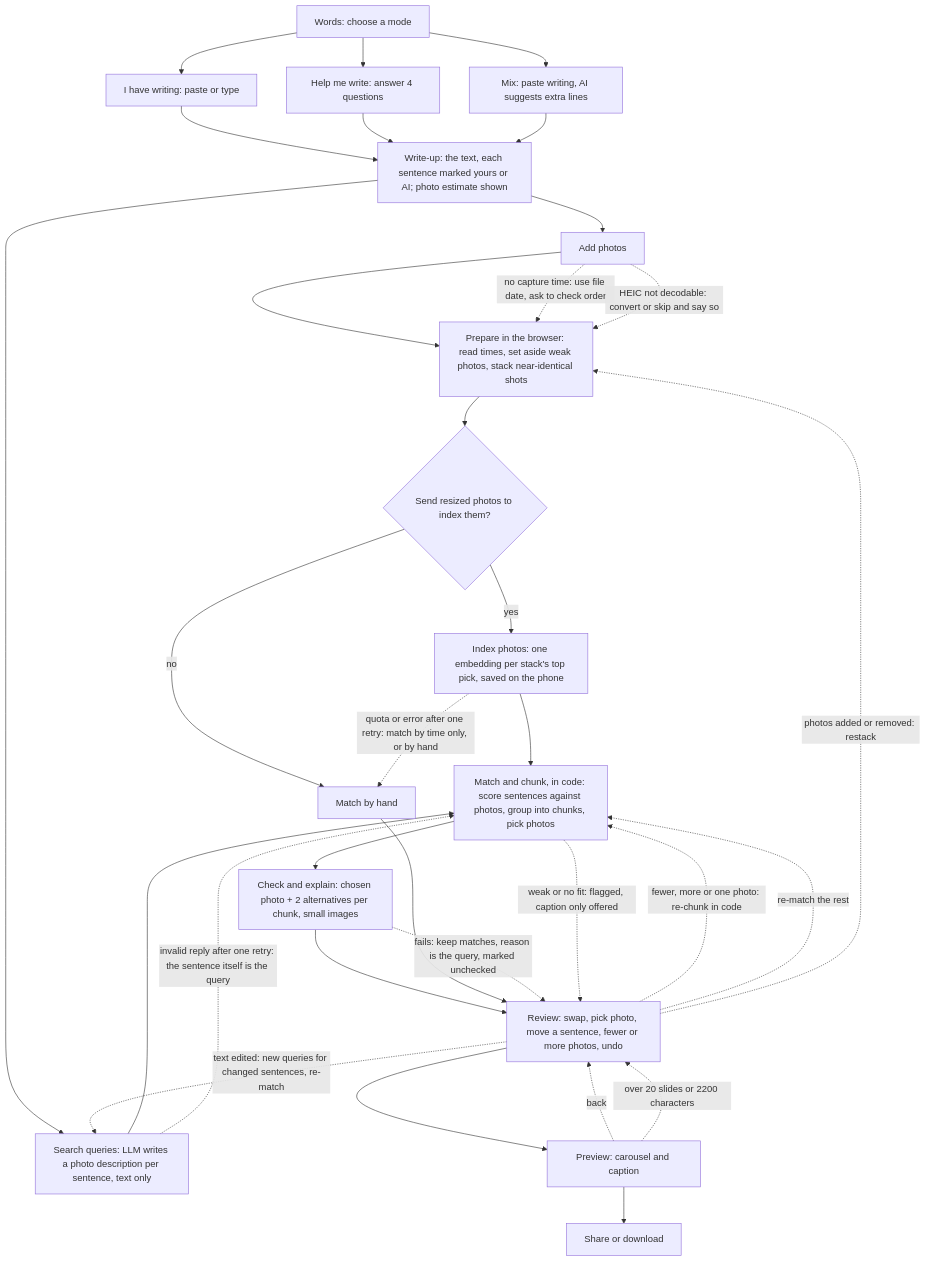
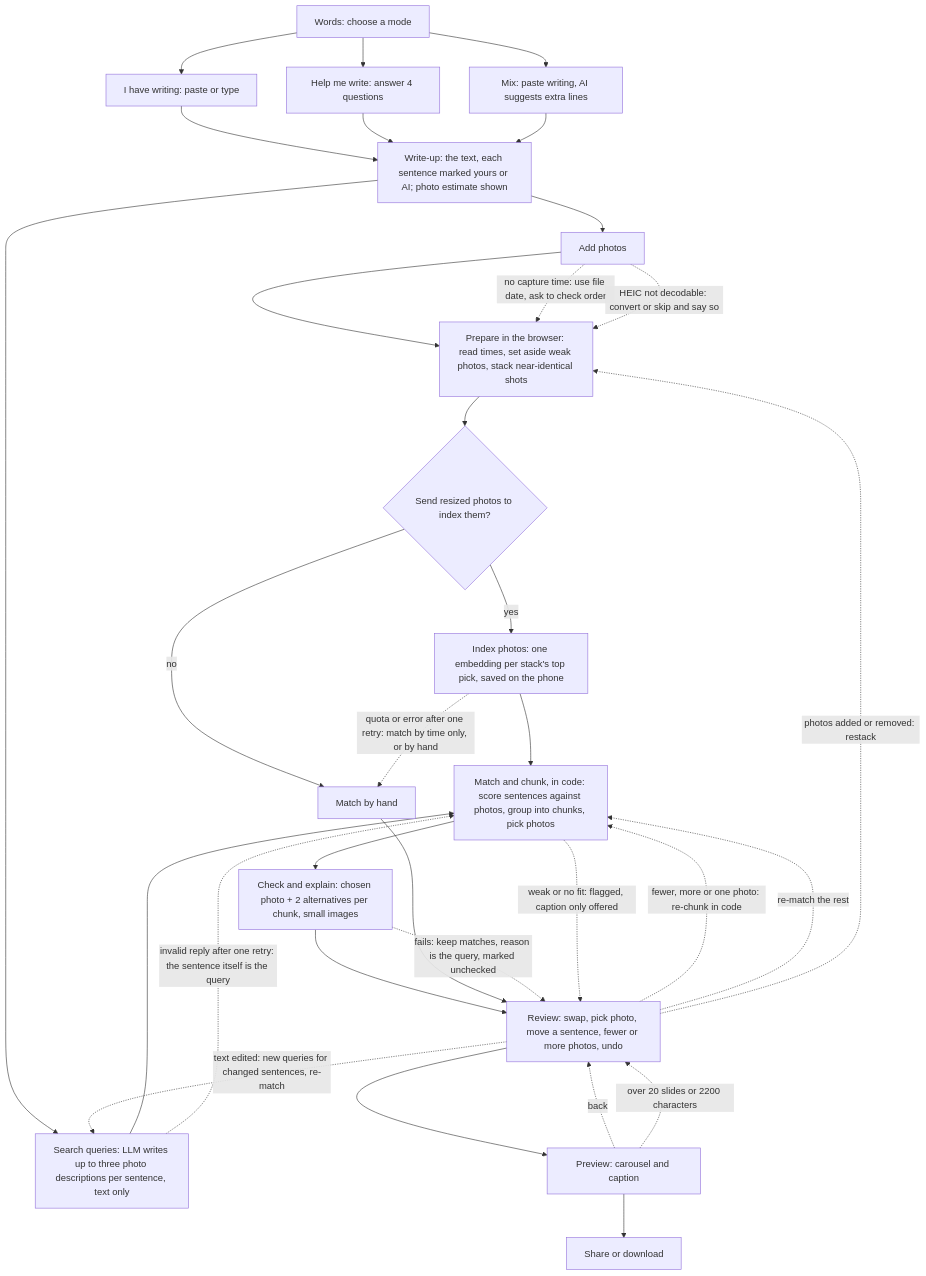
Before and after one commit to kashyap-17/inkreel: the diagram in docs/plan.md, drawn with Mermaid. The commit also changed other lines of this file and 26 other files, not shown here.

````diff
--- a/docs/plan.md
+++ b/docs/plan.md
@@ -22,36 +22,36 @@
 ```mermaid
 flowchart TD
   W[Words: choose a mode] --> W1[I have writing: paste or type]
   W --> W2[Help me write: answer 4 questions]
   W --> W3[Mix: paste writing, AI suggests extra lines]
   W1 --> P[Write-up: the text, each sentence marked yours or AI; photo estimate shown]
   W2 --> P
   W3 --> P
   P --> U[Add photos]
   U --> R[Prepare in the browser: read times, set aside weak photos, stack near-identical shots]
-  P --> Q[Search queries: LLM writes a photo description per sentence, text only]
+  P --> Q[Search queries: LLM writes up to three photo descriptions per sentence, text only]
   R --> C{Send resized photos to index them?}
   C -->|yes| I[Index photos: one embedding per stack's top pick, saved on the phone]
   C -->|no| H[Match by hand]
   I --> M[Match and chunk, in code: score sentences against photos, group into chunks, pick photos]
   Q --> M
   M --> K[Check and explain: chosen photo + 2 alternatives per chunk, small images]
   K --> V[Review: swap, pick photo, move a sentence, fewer or more photos, undo]
   H --> V
   V --> E[Preview: carousel and caption]
   E --> S[Share or download]
 
   V -.->|text edited: new queries for changed sentences, re-match| Q
   V -.->|fewer, more or one photo: re-chunk in code| M
   V -.->|re-match the rest| M
   V -.->|photos added or removed: restack| R
   E -.->|back| V
 
   U -.->|no capture time: use file date, ask to check order| R
   U -.->|HEIC not decodable: convert or skip and say so| R
   I -.->|quota or error after one retry: match by time only, or by hand| H
   Q -.->|invalid reply after one retry: the sentence itself is the query| M
   K -.->|fails: keep matches, reason is the query, marked unchecked| V
   M -.->|weak or no fit: flagged, caption only offered| V
   E -.->|over 20 slides or 2200 characters| V
 ```
````
